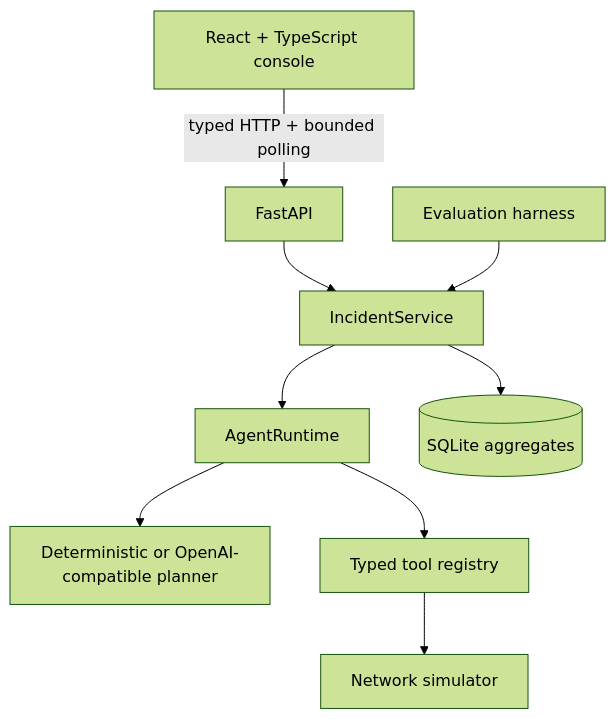
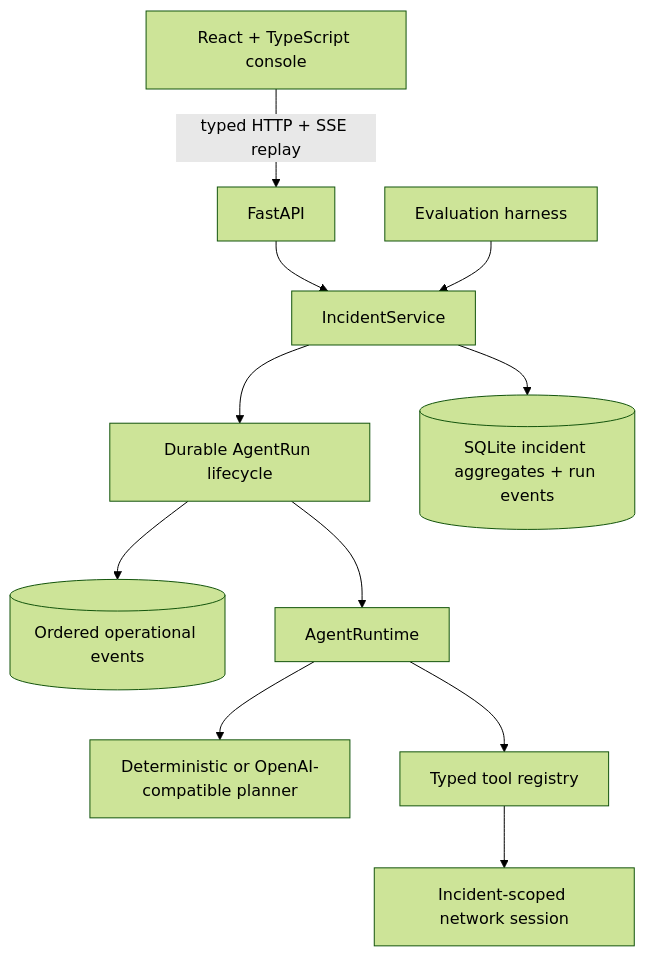
The second of 2 diagrams in README.md (riti-singh/Relay), drawn with Mermaid (forest theme) before and after one commit. The commit also changed other lines of this file and 13 other files, not shown here.

````diff
--- a/README.md
+++ b/README.md
@@ -41,11 +41,13 @@
 ```mermaid
 flowchart TB
- UI[React + TypeScript console] -->|typed HTTP + bounded polling| API[FastAPI]
+ UI[React + TypeScript console] -->|typed HTTP + SSE replay| API[FastAPI]
  API --> SERVICE[IncidentService]
- SERVICE --> RUNTIME[AgentRuntime]
+ SERVICE --> RUNS[Durable AgentRun lifecycle]
+ RUNS --> EVENTS[(Ordered operational events)]
+ RUNS --> RUNTIME[AgentRuntime]
  RUNTIME --> PLANNER[Deterministic or OpenAI-compatible planner]
  RUNTIME --> REGISTRY[Typed tool registry]
- REGISTRY --> SIM[Network simulator]
- SERVICE --> DB[(SQLite aggregates)]
+ REGISTRY --> SIM[Incident-scoped network session]
+ SERVICE --> DB[(SQLite incident aggregates + run events)]
  EVAL[Evaluation harness] --> SERVICE
 ```
````
